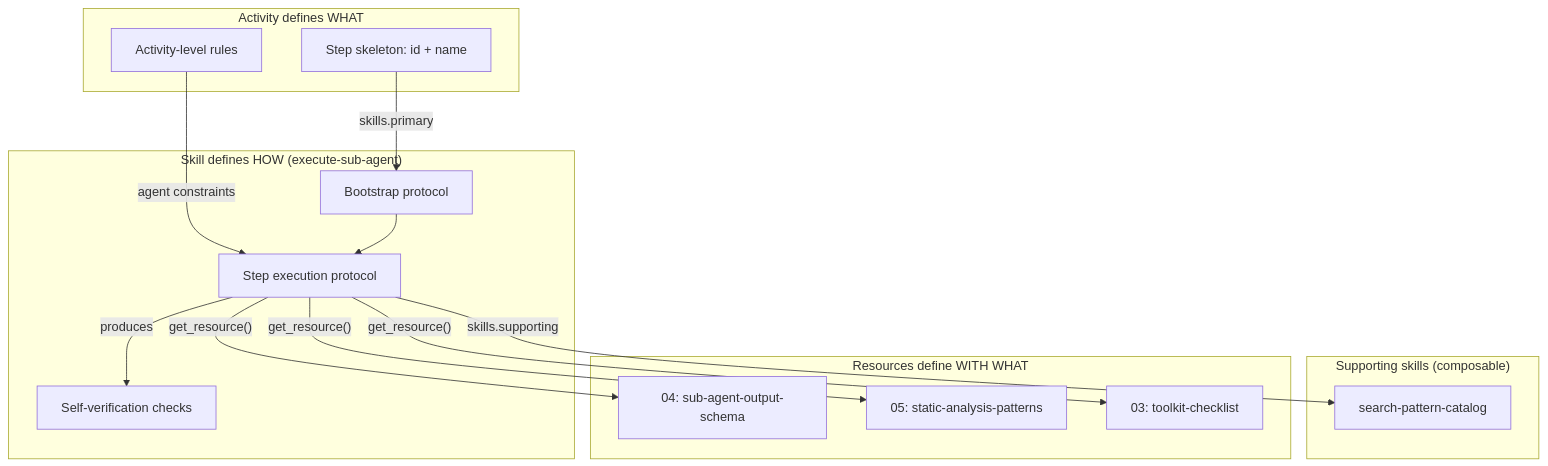
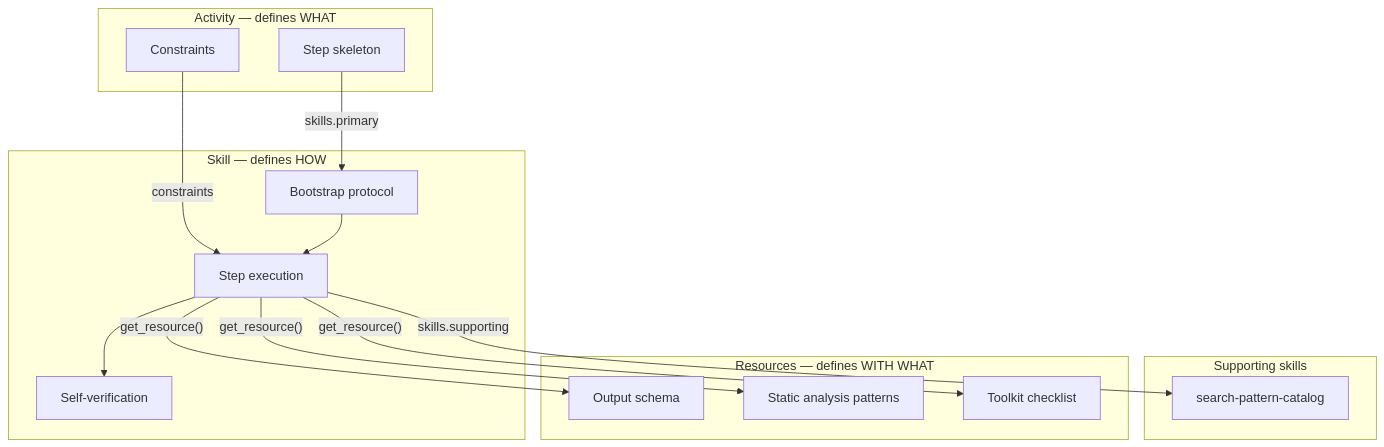
One commit to m2ux/workflow-server changed the sixth of 6 diagrams in substrate-node-security-audit/README.md. Above: the diagram before and after it, drawn with Mermaid. The commit also changed other lines of this file, not shown here.

````diff
--- a/substrate-node-security-audit/README.md
+++ b/substrate-node-security-audit/README.md
@@ -188,28 +183,28 @@
 ```mermaid
 graph TD
-    subgraph activity ["Activity defines WHAT"]
-        STEPS["Step skeleton: id + name"]
-        RULES["Activity-level rules"]
+    subgraph activity ["Activity — defines WHAT"]
+        STEPS["Step skeleton"]
+        RULES["Constraints"]
     end
-    subgraph skill ["Skill defines HOW (execute-sub-agent)"]
+    subgraph skill ["Skill — defines HOW"]
         BOOT[Bootstrap protocol]
-        EXEC[Step execution protocol]
-        VERIFY[Self-verification checks]
+        EXEC[Step execution]
+        VERIFY[Self-verification]
     end
-    subgraph supporting ["Supporting skills (composable)"]
+    subgraph supporting ["Supporting skills"]
         SPC["search-pattern-catalog"]
     end
-    subgraph resources ["Resources define WITH WHAT"]
-        R04["04: sub-agent-output-schema"]
-        R05["05: static-analysis-patterns"]
-        R03["03: toolkit-checklist"]
+    subgraph resources ["Resources — defines WITH WHAT"]
+        R04["Output schema"]
+        R05["Static analysis patterns"]
+        R03["Toolkit checklist"]
     end
     STEPS -->|"skills.primary"| BOOT
-    RULES -->|"agent constraints"| EXEC
+    RULES -->|"constraints"| EXEC
     BOOT --> EXEC
     EXEC -->|"get_resource()"| R04
     EXEC -->|"get_resource()"| R05
     EXEC -->|"get_resource()"| R03
     EXEC -->|"skills.supporting"| SPC
-    EXEC -->|produces| VERIFY
+    EXEC --> VERIFY
 ```
````
